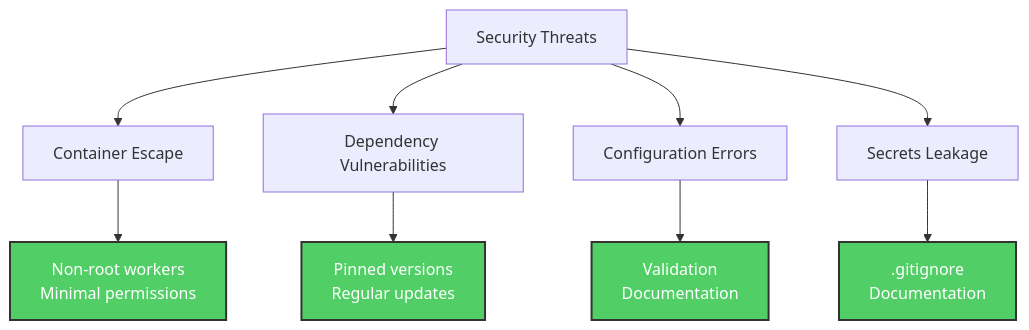
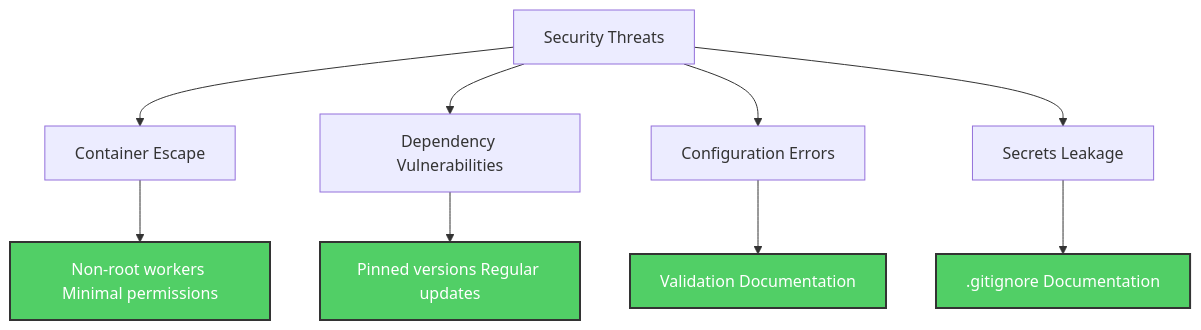
One commit to softwarewrighter/dev-proxy changed the second of 17 diagrams in wiki/Security.md. Above: the diagram before and after it, drawn with Mermaid. The commit also changed other lines of this file and 6 other files, not shown here.

First line of the commit message:
Fix wiki Mermaid diagrams: remove <br/> tags

````diff
--- a/wiki/Security.md
+++ b/wiki/Security.md
@@ -56,17 +56,17 @@
 ```mermaid
 graph TB
     Threats[Security Threats] --> T1[Container Escape]
     Threats --> T2[Dependency Vulnerabilities]
     Threats --> T3[Configuration Errors]
     Threats --> T4[Secrets Leakage]
 
-    T1 --> M1[Non-root workers<br/>Minimal permissions]
-    T2 --> M2[Pinned versions<br/>Regular updates]
-    T3 --> M3[Validation<br/>Documentation]
-    T4 --> M4[.gitignore<br/>Documentation]
+    T1 --> M1[Non-root workers Minimal permissions]
+    T2 --> M2[Pinned versions Regular updates]
+    T3 --> M3[Validation Documentation]
+    T4 --> M4[.gitignore Documentation]
 
     style M1 fill:#51cf66,stroke:#333,stroke-width:2px,color:#fff
     style M2 fill:#51cf66,stroke:#333,stroke-width:2px,color:#fff
     style M3 fill:#51cf66,stroke:#333,stroke-width:2px,color:#fff
     style M4 fill:#51cf66,stroke:#333,stroke-width:2px,color:#fff
 ```
````
